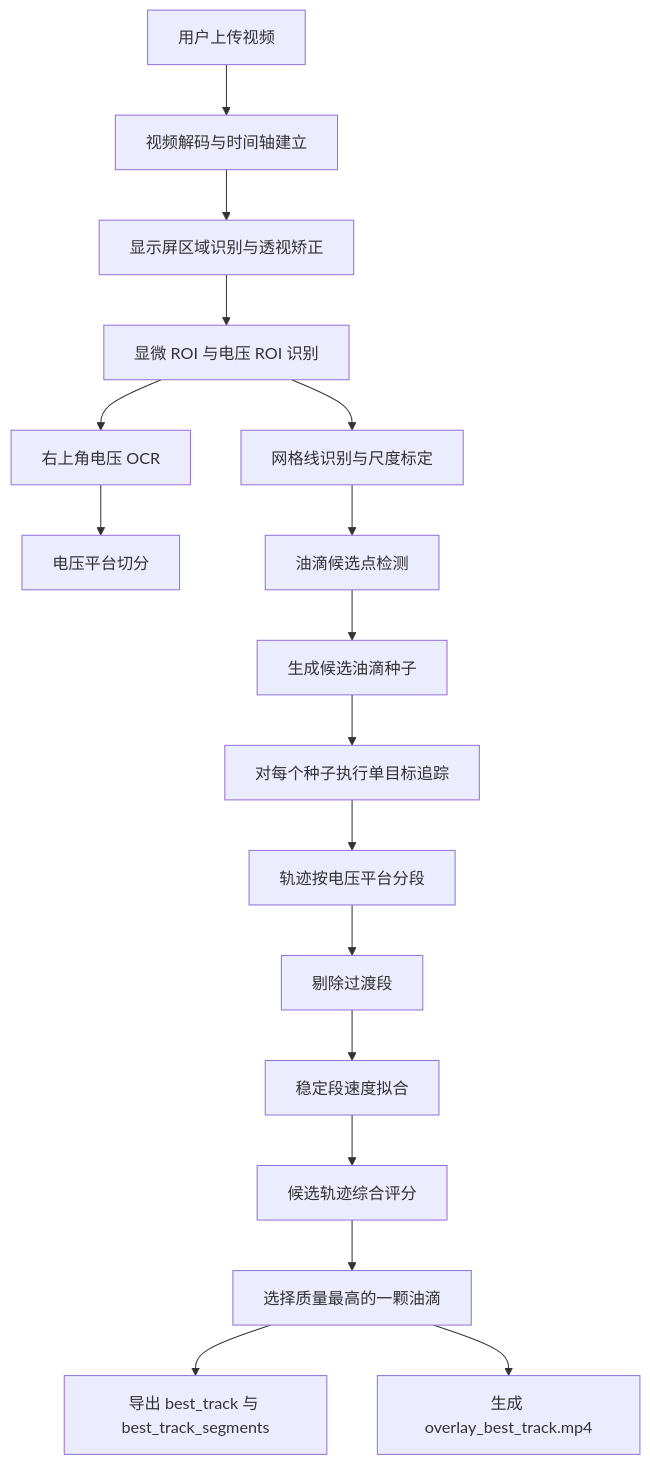
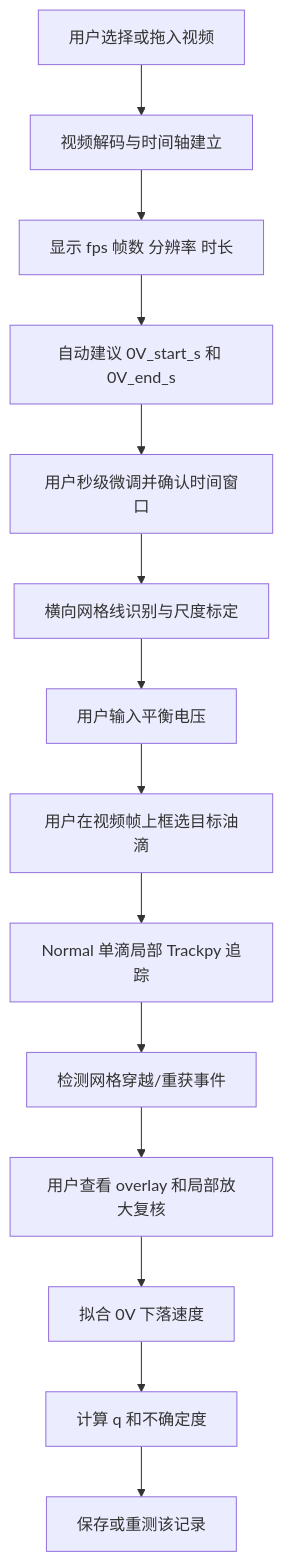
The diagram in docs/视频处理_一颗油滴轨迹提取.md (teddyli18000/AiForMillikan), drawn with Mermaid before and after one commit. The commit also changed other lines of this file and 27 other files, not shown here.

````diff
--- a/docs/视频处理_一颗油滴轨迹提取.md
+++ b/docs/视频处理_一颗油滴轨迹提取.md
@@ -130,19 +126,16 @@
 ```mermaid
 flowchart TD
-    A[用户上传视频] --> B[视频解码与时间轴建立]
-    B --> C[显示屏区域识别与透视矫正]
-    C --> D[显微 ROI 与电压 ROI 识别]
-    D --> E[网格线识别与尺度标定]
-    D --> F[右上角电压 OCR]
-    F --> G[电压平台切分]
-    E --> H[油滴候选点检测]
-    H --> I[生成候选油滴种子]
-    I --> J[对每个种子执行单目标追踪]
-    J --> K[轨迹按电压平台分段]
-    K --> L[剔除过渡段]
-    L --> M[稳定段速度拟合]
-    M --> N[候选轨迹综合评分]
-    N --> O[选择质量最高的一颗油滴]
-    O --> P[导出 best_track 与 best_track_segments]
-    O --> Q[生成 overlay_best_track.mp4]
+    A[用户选择或拖入视频] --> B[视频解码与时间轴建立]
+    B --> C[显示 fps 帧数 分辨率 时长]
+    C --> D[自动建议 0V_start_s 和 0V_end_s]
+    D --> E[用户秒级微调并确认时间窗口]
+    E --> F[横向网格线识别与尺度标定]
+    F --> G[用户输入平衡电压]
+    G --> H[用户在视频帧上框选目标油滴]
+    H --> I[Normal 单滴局部 Trackpy 追踪]
+    I --> J[检测网格穿越/重获事件]
+    J --> K[用户查看 overlay 和局部放大复核]
+    K --> L[拟合 0V 下落速度]
+    L --> M[计算 q 和不确定度]
+    M --> N[保存或重测该记录]
 ```
````
